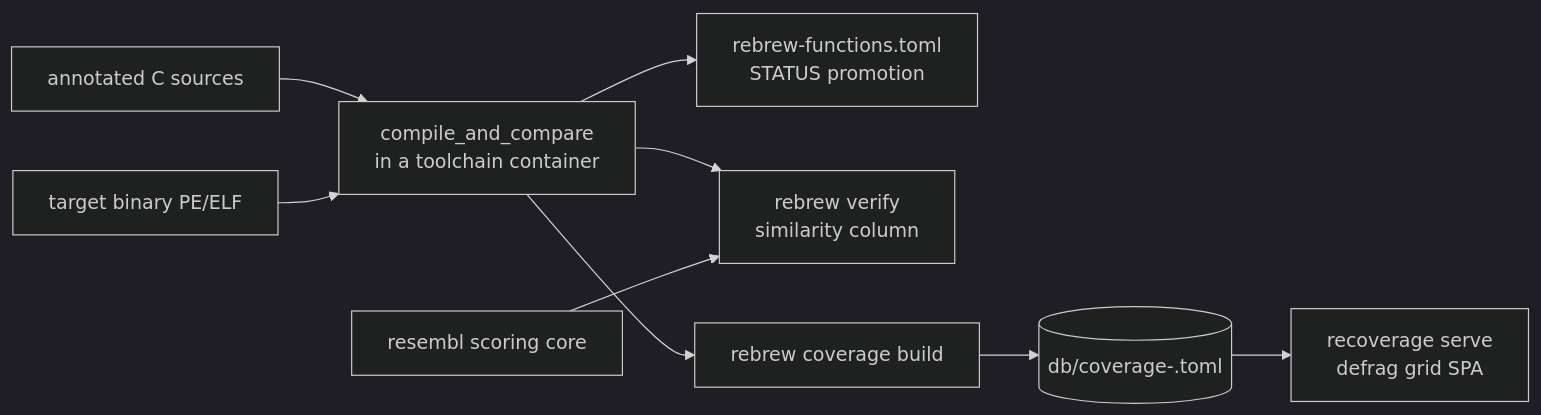
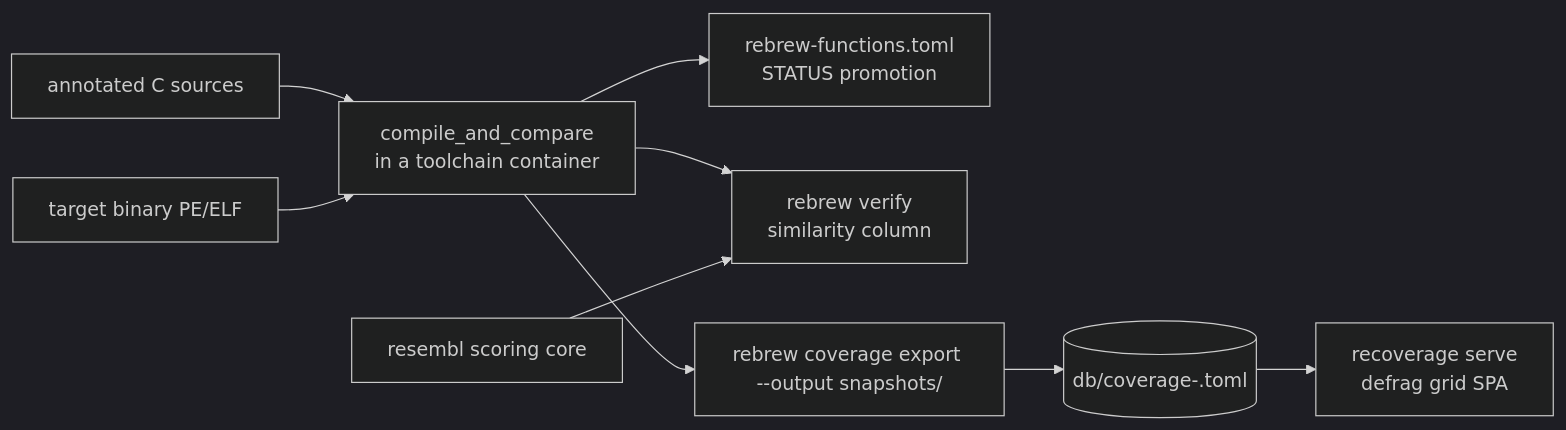
The third of 3 diagrams in docs/ECOSYSTEM.md (maci0/rebrew), drawn with Mermaid (dark theme) before and after one commit. The commit also changed other lines of this file and 95 other files, not shown here.

````diff
--- a/docs/ECOSYSTEM.md
+++ b/docs/ECOSYSTEM.md
@@ -325,11 +325,11 @@
 ```mermaid
 flowchart LR
     SRC["annotated C sources"] --> CMP["compile_and_compare<br/>in a toolchain container"]
     BIN["target binary PE/ELF"] --> CMP
     CMP --> MET["rebrew-functions.toml<br/>STATUS promotion"]
     CMP --> VFY["rebrew verify<br/>similarity column"]
     RES["resembl scoring core"] --> VFY
-    CMP --> BDB["rebrew coverage build"]
+    CMP --> BDB["rebrew coverage export --output snapshots/"]
     BDB --> DB[("db/coverage-<target>.toml")]
     DB --> DASH["recoverage serve<br/>defrag grid SPA"]
 ```
````
